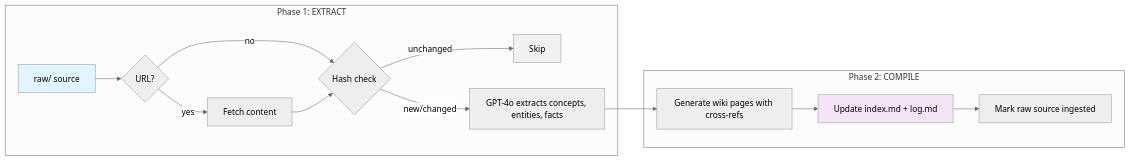
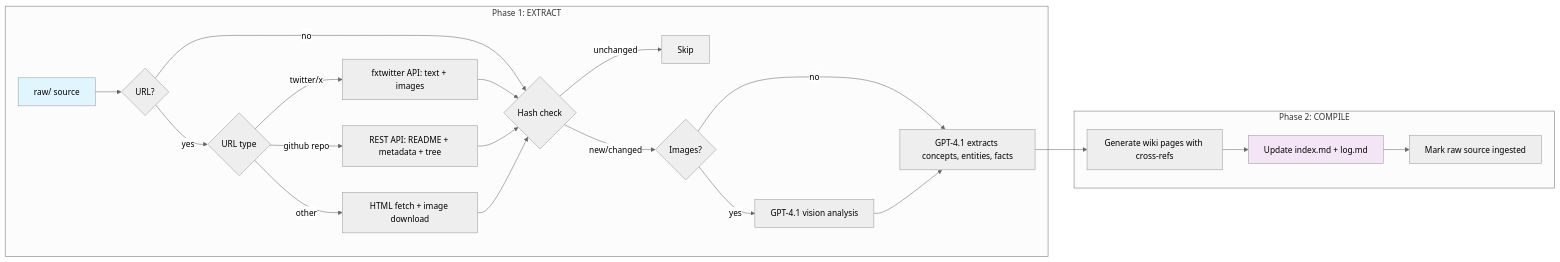
Before and after one commit to jbl306/labs-wiki: the second of 3 diagrams in docs/architecture.md, drawn with Mermaid (neutral theme). The commit also changed other lines of this file and 3 other files, not shown here.

First line of the commit message:
docs: update auto-ingest docs for Twitter, GitHub, vision, GPT-4.1

````diff
--- a/docs/architecture.md
+++ b/docs/architecture.md
@@ -74,21 +74,29 @@
 ```mermaid
 flowchart LR
     subgraph "Phase 1: EXTRACT"
         RAW[raw/ source] --> FETCH{URL?}
-        FETCH -->|yes| GET[Fetch content]
+        FETCH -->|yes| ROUTE{URL type}
         FETCH -->|no| HASH
-        GET --> HASH{Hash check}
-        HASH -->|unchanged| SKIP[Skip]
-        HASH -->|new/changed| EXTRACT[GPT-4o extracts concepts, entities, facts]
+        ROUTE -->|twitter/x| TW[fxtwitter API: text + images]
+        ROUTE -->|github repo| GH[REST API: README + metadata + tree]
+        ROUTE -->|other| HTML[HTML fetch + image download]
+        TW --> HASH
+        GH --> HASH
+        HTML --> HASH
+        HASH{Hash check} -->|unchanged| SKIP[Skip]
+        HASH -->|new/changed| VISION{Images?}
+        VISION -->|yes| IMG[GPT-4.1 vision analysis]
+        VISION -->|no| EXTRACT[GPT-4.1 extracts concepts, entities, facts]
+        IMG --> EXTRACT
     end
 
     subgraph "Phase 2: COMPILE"
         EXTRACT --> GEN[Generate wiki pages with cross-refs]
         GEN --> IDX[Update index.md + log.md]
         IDX --> STATUS[Mark raw source ingested]
     end
 
     style SKIP fill:#f0f0f0
     style RAW fill:#e1f5fe
     style IDX fill:#f3e5f5
 ```
````
